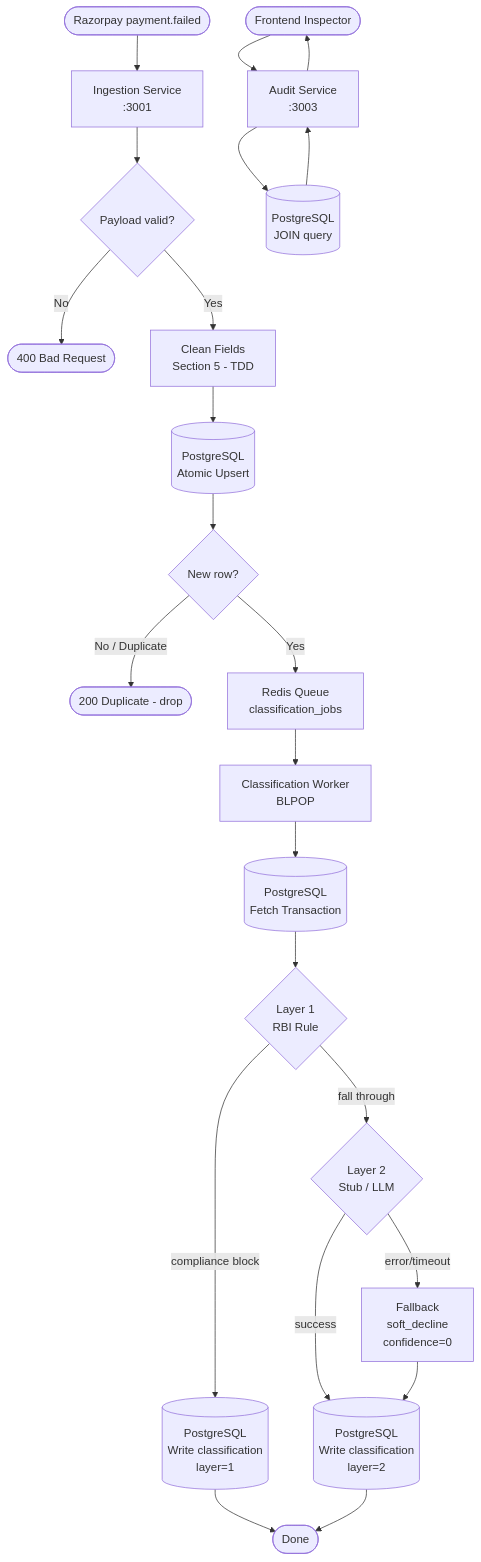
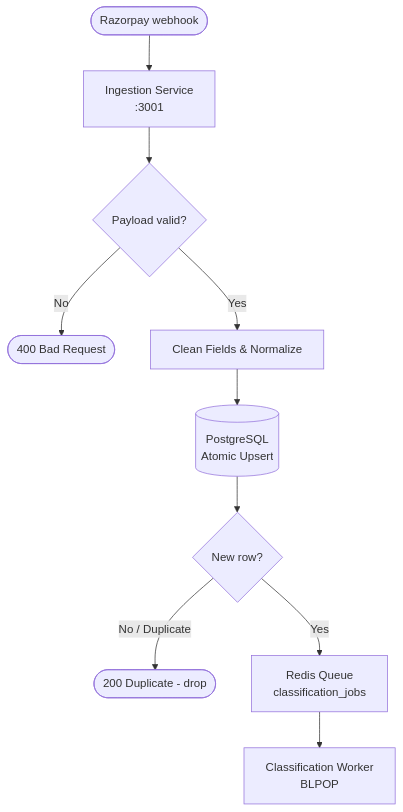
The first of 2 diagrams in docs/architecture/flow-diagrams/data-pipeline.md (Dustu103/Razorpay), drawn with Mermaid before and after one commit. The commit also changed other lines of this file and 5 other files, not shown here.

Commit message:
docs: Comprehensive overhaul of ML pipeline, architecture, and testing documentation

````diff
--- a/docs/architecture/flow-diagrams/data-pipeline.md
+++ b/docs/architecture/flow-diagrams/data-pipeline.md
@@ -9,26 +11,12 @@
 ```mermaid
 flowchart TD
-    A([Razorpay payment.failed]) --> B[Ingestion Service\n:3001]
+    A([Razorpay webhook]) --> B[Ingestion Service\n:3001]
     B --> C{Payload valid?}
     C -- No --> D([400 Bad Request])
-    C -- Yes --> E[Clean Fields\nSection 5 - TDD]
+    C -- Yes --> E[Clean Fields & Normalize]
     E --> F[(PostgreSQL\nAtomic Upsert)]
     F --> G{New row?}
     G -- No / Duplicate --> H([200 Duplicate - drop])
     G -- Yes --> I[Redis Queue\nclassification_jobs]
     I --> J[Classification Worker\nBLPOP]
-    J --> K[(PostgreSQL\nFetch Transaction)]
-    K --> L{Layer 1\nRBI Rule}
-    L -- compliance block --> M[(PostgreSQL\nWrite classification\nlayer=1)]
-    L -- fall through --> N{Layer 2\nStub / LLM}
-    N -- success --> O[(PostgreSQL\nWrite classification\nlayer=2)]
-    N -- error/timeout --> P[Fallback\nsoft_decline\nconfidence=0]
-    P --> O
-    M --> Q([Done])
-    O --> Q
-
-    R([Frontend Inspector]) --> S[Audit Service\n:3003]
-    S --> T[(PostgreSQL\nJOIN query)]
-    T --> S
-    S --> R
 ```
````
